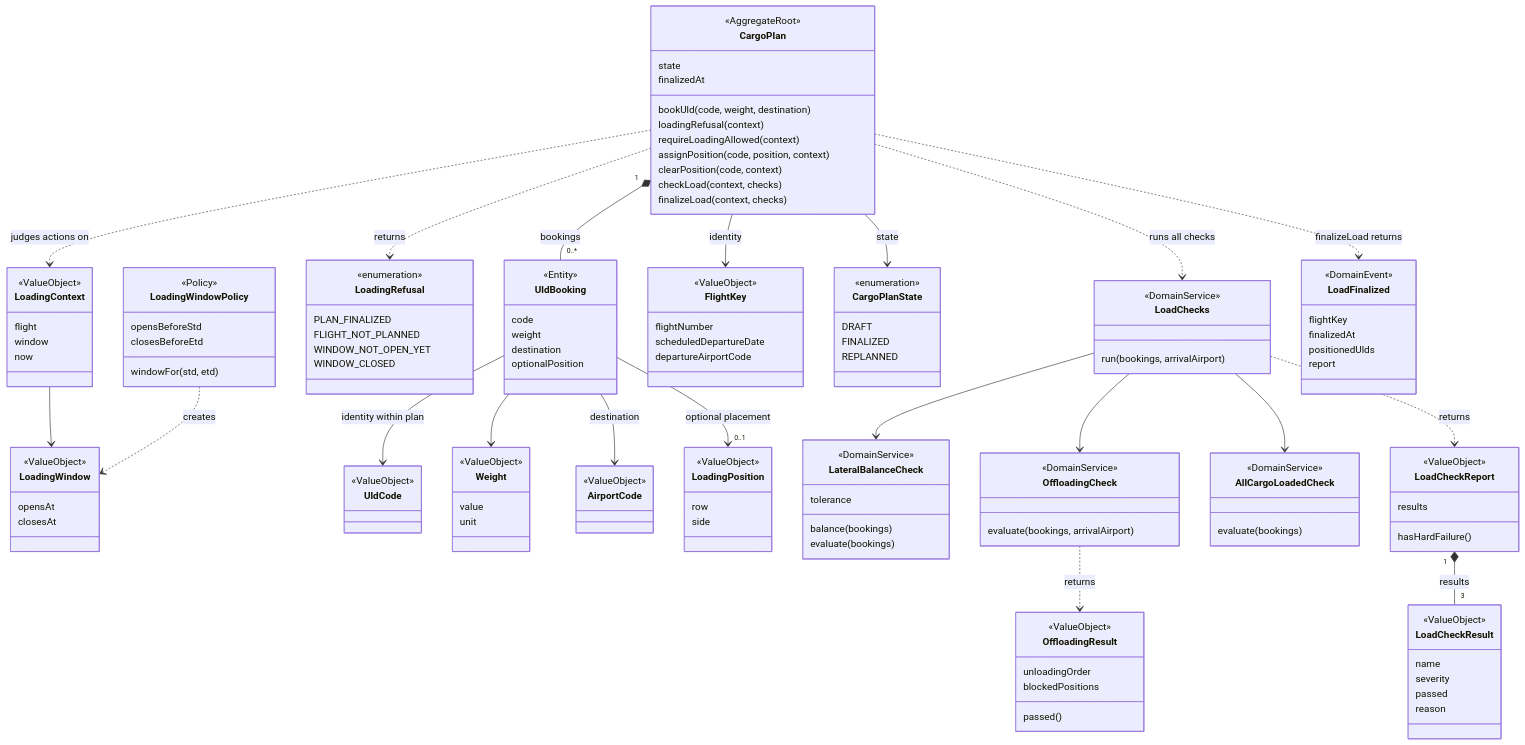
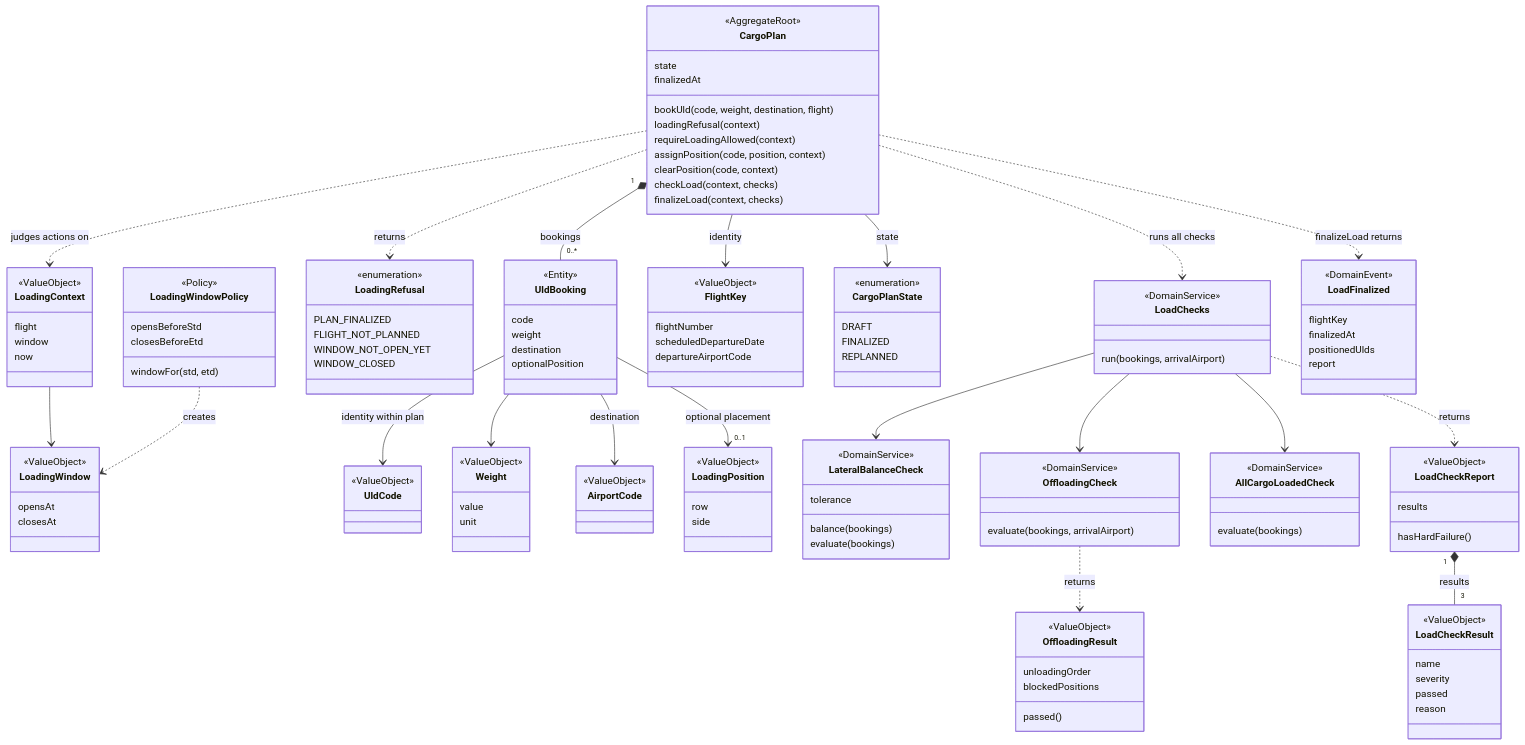
The fourth of 9 diagrams in architecture/analyse.md (ebhd/air-freight-operations), drawn with Mermaid before and after one commit. The commit also changed 10 other files, not shown here.

```diff
--- a/architecture/analyse.md
+++ b/architecture/analyse.md
@@ -167,7 +167,7 @@
 classDiagram
     class CargoPlan {
         <<AggregateRoot>>
-        bookUld(code, weight, destination)
+        bookUld(code, weight, destination, flight)
         loadingRefusal(context)
         requireLoadingAllowed(context)
         assignPosition(code, position, context)
```
